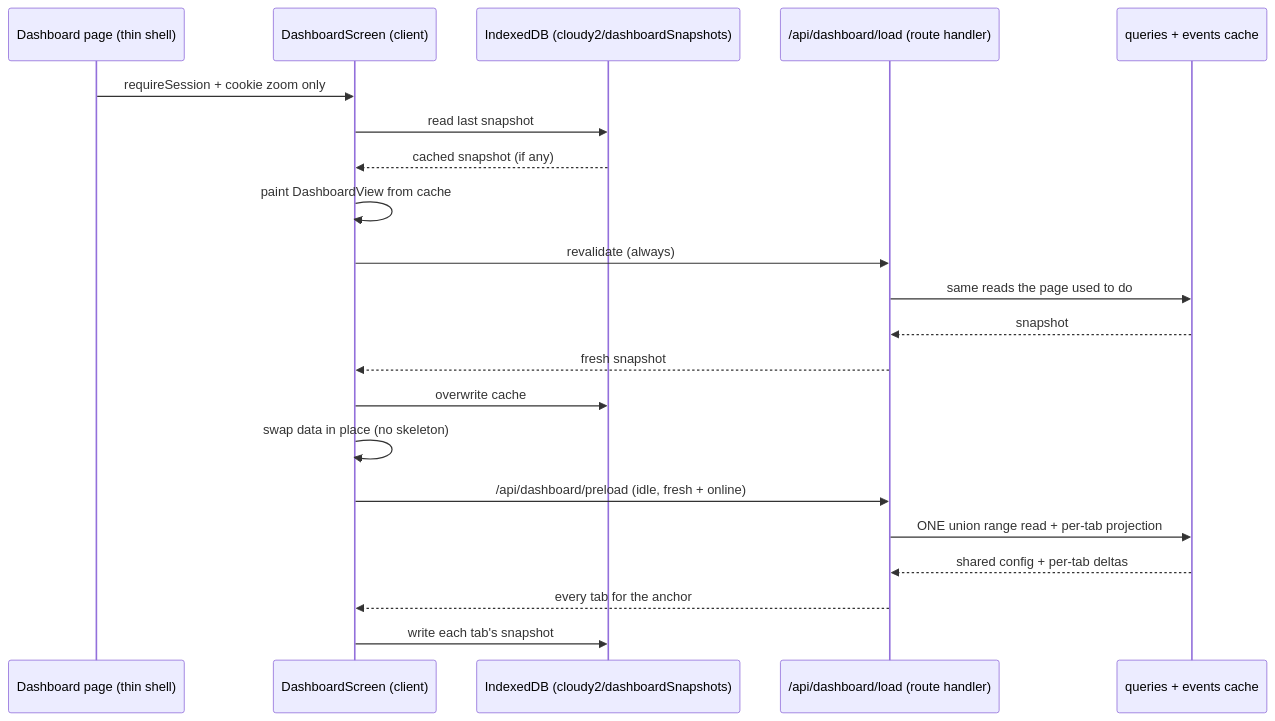
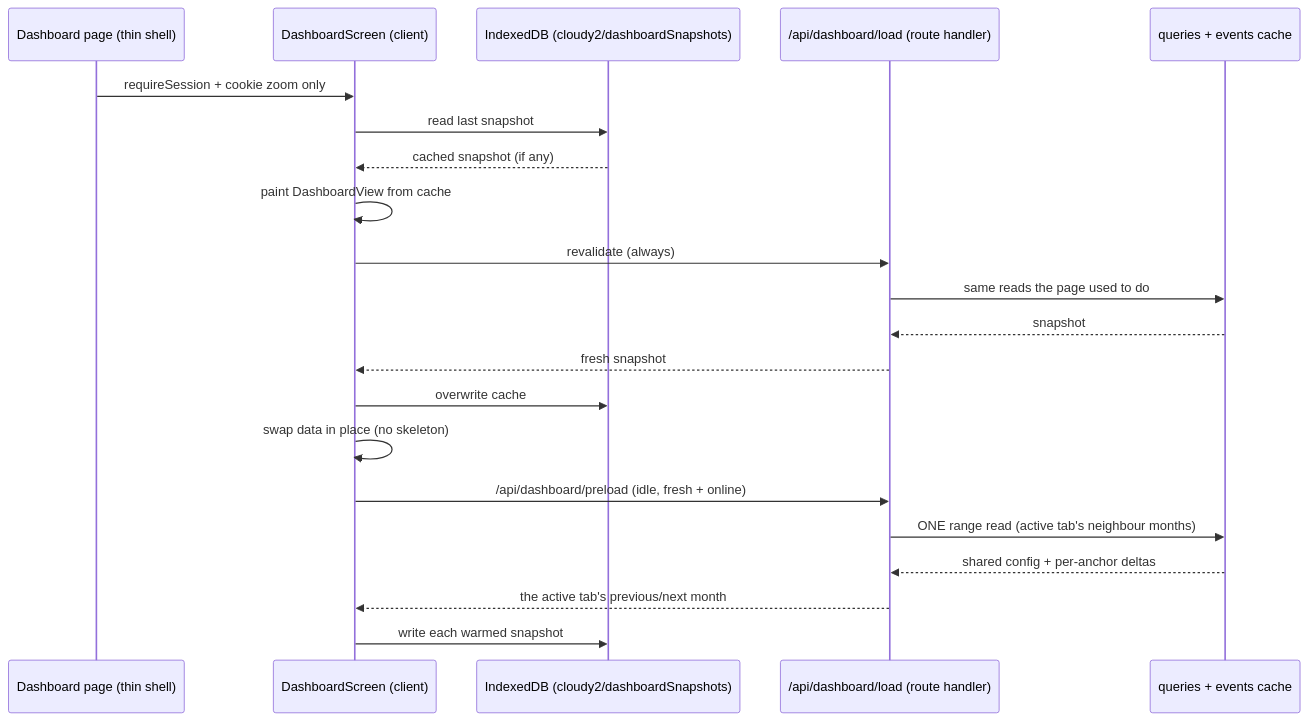
Before and after one commit to oncloudnintynineone-source/cloudy2: the sixth of 6 diagrams in docs/pwa-offline.md, drawn with Mermaid. The commit also changed other lines of this file and 29 other files, not shown here.

````diff
--- a/docs/pwa-offline.md
+++ b/docs/pwa-offline.md
@@ -571,23 +571,23 @@
 ```mermaid
 sequenceDiagram
  participant P as Dashboard page (thin shell)
  participant S as DashboardScreen (client)
  participant I as IndexedDB (cloudy2/dashboardSnapshots)
  participant A as /api/dashboard/load (route handler)
  participant Q as queries + events cache
  P->>S: requireSession + cookie zoom only
  S->>I: read last snapshot
  I-->>S: cached snapshot (if any)
  S->>S: paint DashboardView from cache
  S->>A: revalidate (always)
  A->>Q: same reads the page used to do
  Q-->>A: snapshot
  A-->>S: fresh snapshot
  S->>I: overwrite cache
  S->>S: swap data in place (no skeleton)
  S->>A: /api/dashboard/preload (idle, fresh + online)
- A->>Q: ONE union range read + per-tab projection
- Q-->>A: shared config + per-tab deltas
- A-->>S: every tab for the anchor
- S->>I: write each tab's snapshot
+ A->>Q: ONE range read (active tab's neighbour months)
+ Q-->>A: shared config + per-anchor deltas
+ A-->>S: the active tab's previous/next month
+ S->>I: write each warmed snapshot
 ```
````
